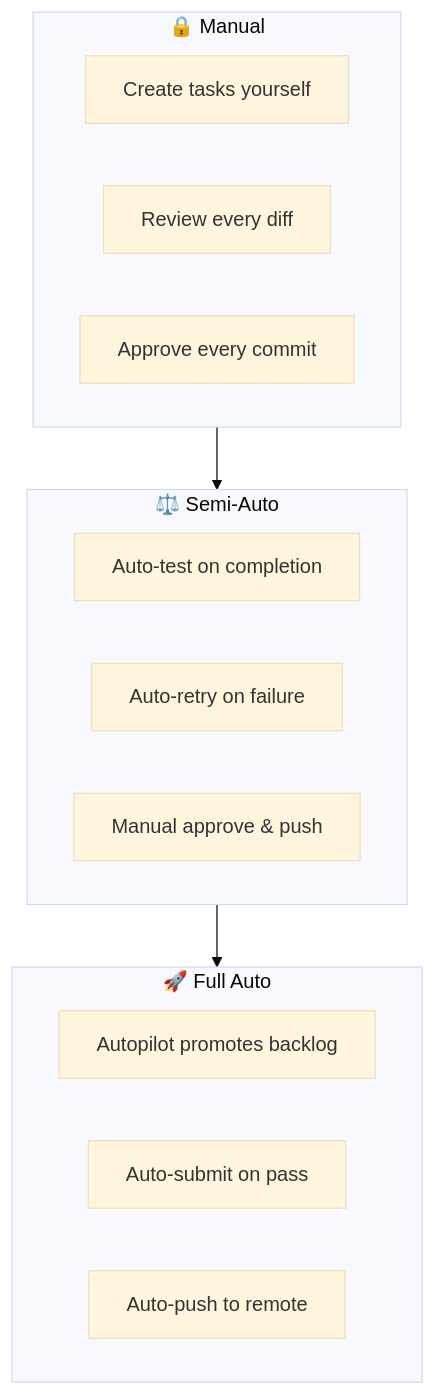
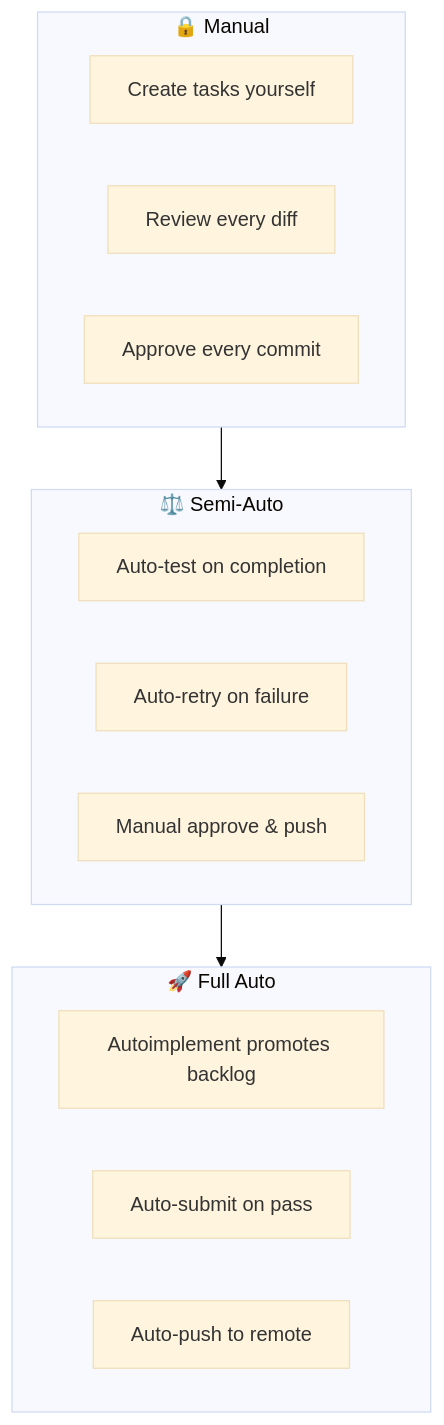
One commit to changkun/wallfacer changed the second of 2 diagrams in docs/guide/autonomy-spectrum.md. Above: the diagram before and after it, drawn with Mermaid (base theme). The commit also changed other lines of this file and 60 other files, not shown here.

First line of the commit message:
refactor(autoimplement): rename Autopilot to Autoimplement

````diff
--- a/docs/guide/autonomy-spectrum.md
+++ b/docs/guide/autonomy-spectrum.md
@@ -84,19 +84,19 @@
 ```mermaid
 graph TD
   subgraph Manual["🔒 Manual"]
     M1["Create tasks yourself"]
     M2["Review every diff"]
     M3["Approve every commit"]
   end
   subgraph Semi["⚖️ Semi-Auto"]
     S1["Auto-test on completion"]
     S2["Auto-retry on failure"]
     S3["Manual approve & push"]
   end
   subgraph Full["🚀 Full Auto"]
-    F1["Autopilot promotes backlog"]
+    F1["Autoimplement promotes backlog"]
     F2["Auto-submit on pass"]
     F3["Auto-push to remote"]
   end
   Manual --> Semi --> Full
 ```
````
